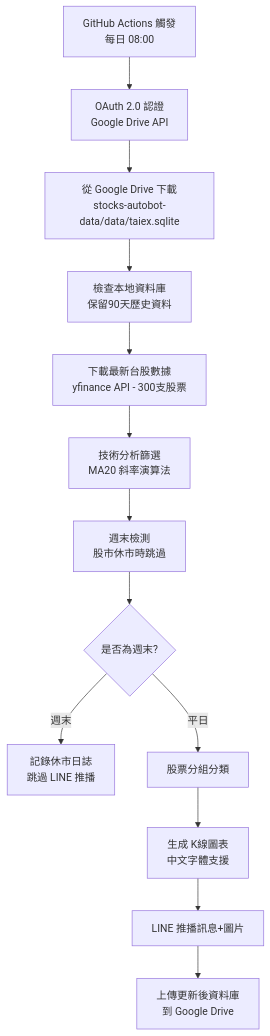
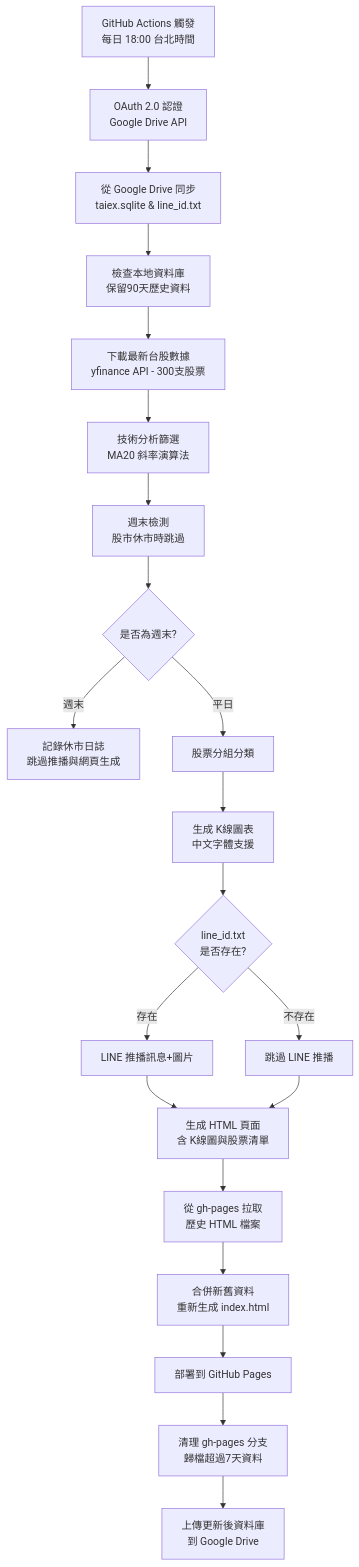
One commit to YanShuoPan/Qtrading changed the diagram in README.md. Above: the diagram before and after it, drawn with Mermaid. The commit also changed other lines of this file, not shown here.

````diff
--- a/README.md
+++ b/README.md
@@ -49,15 +67,23 @@
 ```mermaid
 graph TD
-    A[GitHub Actions 觸發<br/>每日 08:00] --> B[OAuth 2.0 認證<br/>Google Drive API]
-    B --> C[從 Google Drive 下載<br/>stocks-autobot-data/data/taiex.sqlite]
+    A[GitHub Actions 觸發<br/>每日 18:00 台北時間] --> B[OAuth 2.0 認證<br/>Google Drive API]
+    B --> C[從 Google Drive 同步<br/>taiex.sqlite & line_id.txt]
     C --> D[檢查本地資料庫<br/>保留90天歷史資料]
     D --> E[下載最新台股數據<br/>yfinance API - 300支股票]
     E --> F[技術分析篩選<br/>MA20 斜率演算法]
     F --> G[週末檢測<br/>股市休市時跳過]
     G --> H{是否為週末?}
-    H -->|週末| I[記錄休市日誌<br/>跳過 LINE 推播]
+    H -->|週末| I[記錄休市日誌<br/>跳過推播與網頁生成]
     H -->|平日| J[股票分組分類]
     J --> K[生成 K線圖表<br/>中文字體支援]
-    K --> L[LINE 推播訊息+圖片]
-    L --> M[上傳更新後資料庫<br/>到 Google Drive]
+    K --> L{line_id.txt<br/>是否存在?}
+    L -->|存在| M[LINE 推播訊息+圖片]
+    L -->|不存在| N[跳過 LINE 推播]
+    M --> O[生成 HTML 頁面<br/>含 K線圖與股票清單]
+    N --> O
+    O --> P[從 gh-pages 拉取<br/>歷史 HTML 檔案]
+    P --> Q[合併新舊資料<br/>重新生成 index.html]
+    Q --> R[部署到 GitHub Pages]
+    R --> S[清理 gh-pages 分支<br/>歸檔超過7天資料]
+    S --> T[上傳更新後資料庫<br/>到 Google Drive]
 ```
````
